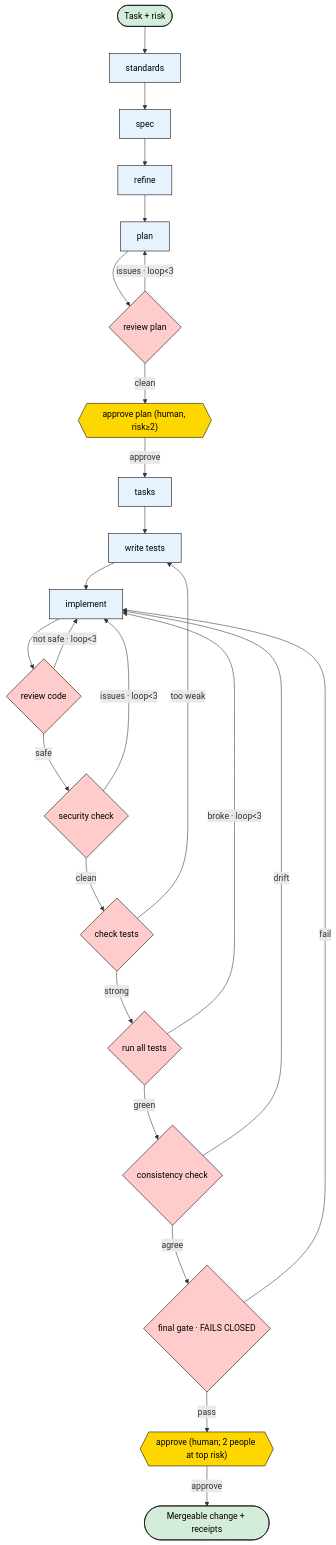
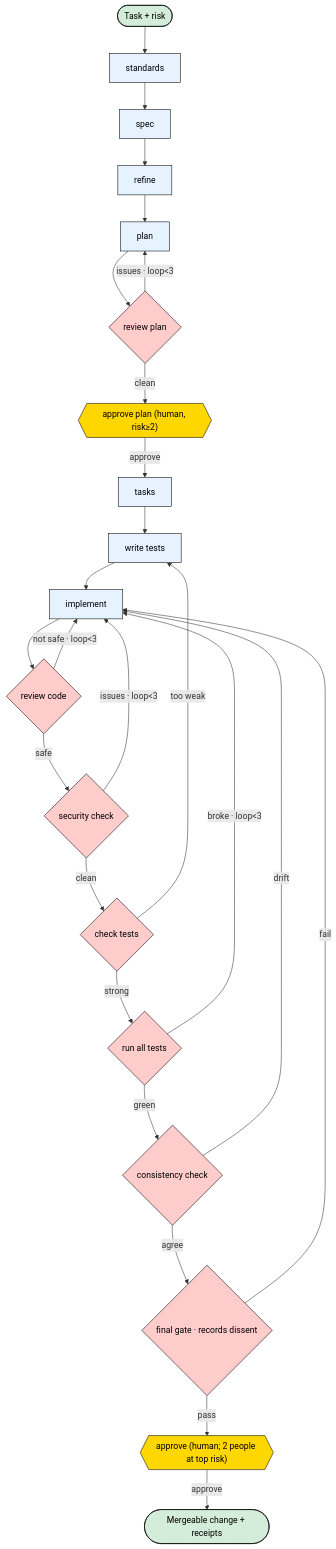
The second of 3 diagrams in docs/product/GOVERNED_CODING_PIPELINE.md (seanventures/boss), drawn with Mermaid before and after one commit. The commit also changed other lines of this file and 21 other files, not shown here.

````diff
--- a/docs/product/GOVERNED_CODING_PIPELINE.md
+++ b/docs/product/GOVERNED_CODING_PIPELINE.md
@@ -98,30 +112,30 @@
 ```mermaid
 flowchart TD
     Start([Task + risk]) --> S0["standards"] --> S1["spec"] --> S2["refine"] --> S3["plan"]
     S3 --> S4{"review plan"}
     S4 -->|"issues · loop<3"| S3
     S4 -->|clean| G1{{"approve plan (human, risk≥2)"}}
     G1 -->|approve| S6["tasks"] --> S7["write tests"] --> S8["implement"]
     S8 --> S9{"review code"}
     S9 -->|"not safe · loop<3"| S8
     S9 -->|safe| S10{"security check"}
     S10 -->|"issues · loop<3"| S8
     S10 -->|clean| S11{"check tests"}
     S11 -->|"too weak"| S7
     S11 -->|strong| S12{"run all tests"}
     S12 -->|"broke · loop<3"| S8
     S12 -->|green| S13{"consistency check"}
     S13 -->|"drift"| S8
-    S13 -->|agree| S14{"final gate · FAILS CLOSED"}
+    S13 -->|agree| S14{"final gate · records dissent"}
     S14 -->|fail| S8
     S14 -->|pass| G2{{"approve (human; 2 people at top risk)"}}
     G2 -->|approve| Done([Mergeable change + receipts])
     classDef gate fill:#ffd700,stroke:#000,color:#000
     classDef chk fill:#ffcccc,stroke:#000,color:#000
     classDef stp fill:#e6f3ff,stroke:#000,color:#000
     classDef dn fill:#d4edda,stroke:#000,color:#000
     class G1,G2 gate
     class S4,S9,S10,S11,S12,S13,S14 chk
     class S0,S1,S2,S3,S6,S7,S8 stp
     class Start,Done dn
 ```
````
